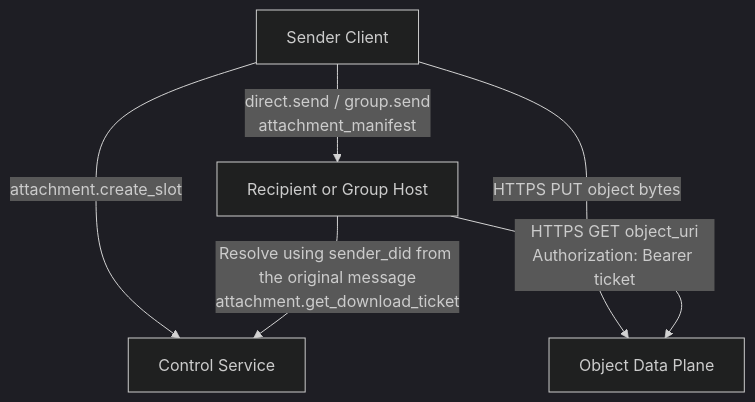
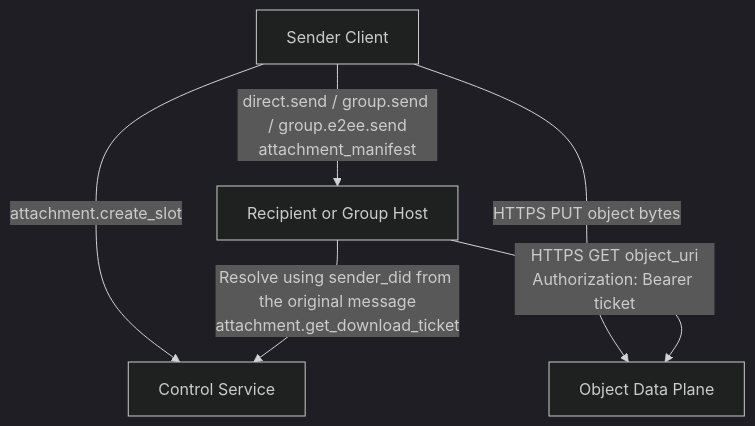
Before and after one commit to NeatNerdPrime/AgentNetworkProtocol: the second of 8 diagrams in message/vnext/07-attachments-and-object-transfer.md, drawn with Mermaid (dark theme). The commit also changed other lines of this file and 31 other files, not shown here.

````diff
--- a/message/vnext/07-attachments-and-object-transfer.md
+++ b/message/vnext/07-attachments-and-object-transfer.md
@@ -207,8 +218,8 @@
 ```mermaid
 flowchart TD
     A[Sender Client] -->|attachment.create_slot| S[Control Service]
     A -->|HTTPS PUT object bytes| O[Object Data Plane]
-    A -->|direct.send / group.send\nattachment_manifest| M[Recipient or Group Host]
+    A -->|direct.send / group.send / group.e2ee.send\nattachment_manifest| M[Recipient or Group Host]
     M -->|Resolve using sender_did from the original message\nattachment.get_download_ticket| S
     M -->|HTTPS GET object_uri\nAuthorization: Bearer ticket| O
 ```
````
